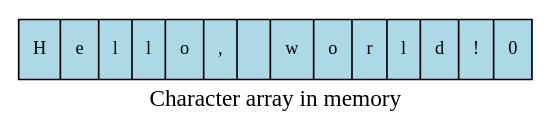
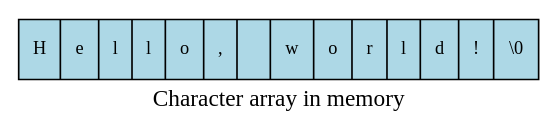
Before and after one commit to DaveParillo/intermediate-cpp: the second of 3 diagrams in _sources/pointers/pointers.rst, drawn with Graphviz. The commit also changed other lines of this file, not shown here.

```diff
--- a/_sources/pointers/pointers.rst
+++ b/_sources/pointers/pointers.rst
@@ -406,18 +487,18 @@
 .. graphviz::
 
    digraph char_array {
      rankdir=LR
      fontname = "Bitstream Vera Sans"
      label="Character array in memory"
      node [
         fontname = "Bitstream Vera Sans"
         fontsize = 11
         shape = "record"
         style=filled
         fillcolor=lightblue
      ]
      arr [
-        label = "{H|e|l|l|o|,| |w|o|r|l|d|!|\0}"
+        label = "{H|e|l|l|o|,| |w|o|r|l|d|!|\\0}"
      ]
 
    }
```
